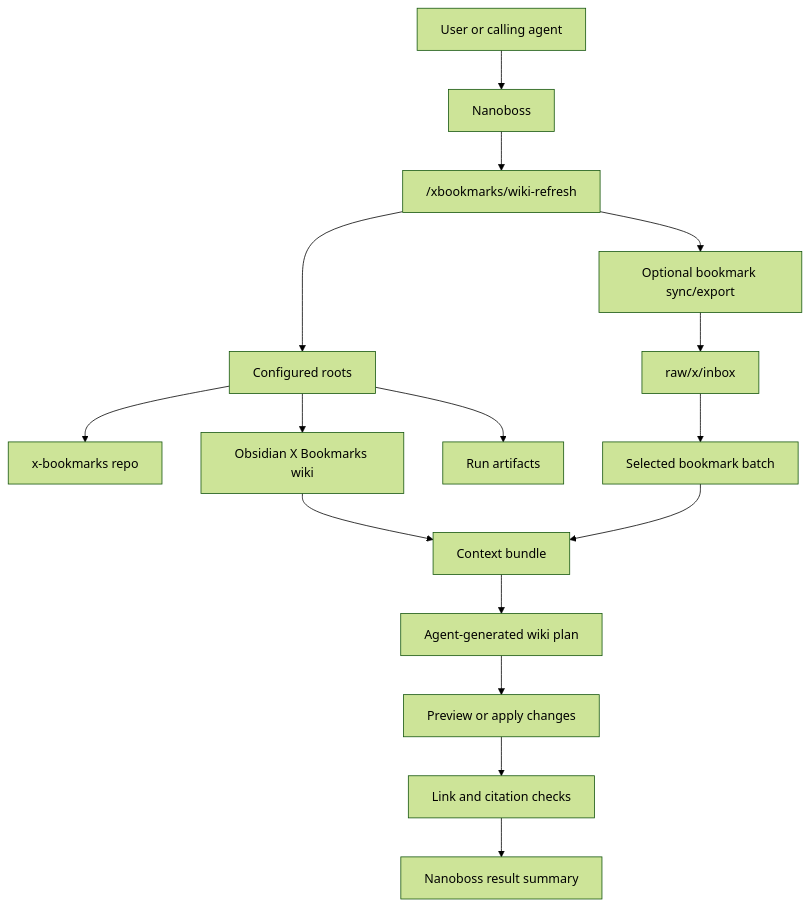
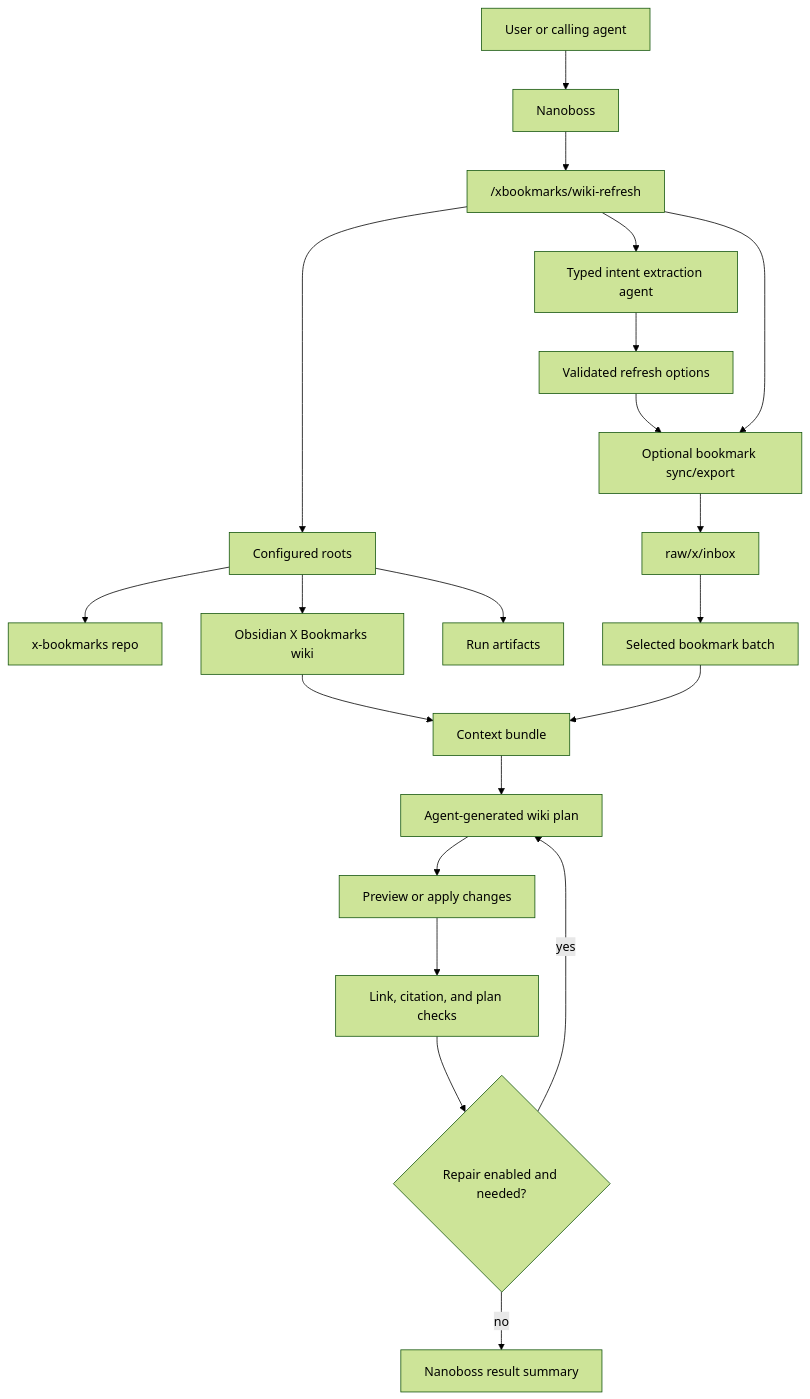
Before and after one commit to jflam/x-bookmarks: the first of 2 diagrams in docs/nanoboss-xbookmarks-wiki-procedure.md, drawn with Mermaid (forest theme). The commit also changed other lines of this file and 31 other files, not shown here.

````diff
--- a/docs/nanoboss-xbookmarks-wiki-procedure.md
+++ b/docs/nanoboss-xbookmarks-wiki-procedure.md
@@ -16,19 +19,25 @@
 ```mermaid
 flowchart TD
   User["User or calling agent"] --> NB["Nanoboss"]
   NB --> Refresh["/xbookmarks/wiki-refresh"]
   Refresh --> Config["Configured roots"]
   Config --> Repo["x-bookmarks repo"]
   Config --> Wiki["Obsidian X Bookmarks wiki"]
   Config --> Runs["Run artifacts"]
 
+  Refresh --> Intent["Typed intent extraction agent"]
+  Intent --> Options["Validated refresh options"]
+  Options --> Import
+
   Refresh --> Import["Optional bookmark sync/export"]
   Import --> Inbox["raw/x/inbox"]
   Inbox --> Batch["Selected bookmark batch"]
   Batch --> Context["Context bundle"]
   Wiki --> Context
   Context --> Draft["Agent-generated wiki plan"]
   Draft --> Apply["Preview or apply changes"]
-  Apply --> Lint["Link and citation checks"]
-  Lint --> Summary["Nanoboss result summary"]
+  Apply --> Lint["Link, citation, and plan checks"]
+  Lint --> Repair{"Repair enabled and needed?"}
+  Repair -->|yes| Draft
+  Repair -->|no| Summary["Nanoboss result summary"]
 ```
````
